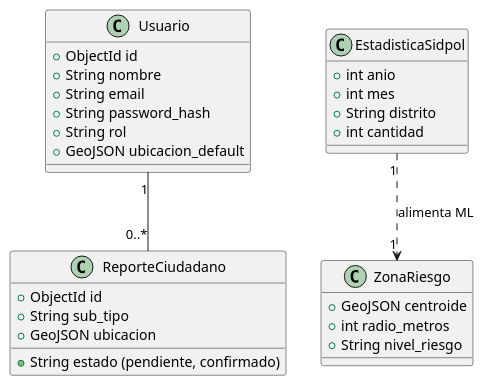
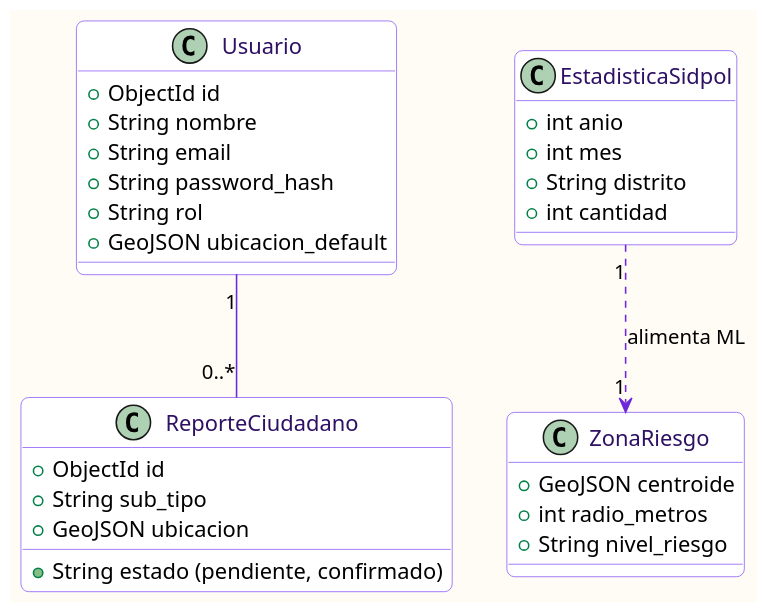
One commit to pieroalexanderppc/sgeo_pp changed the third of 6 diagrams in docs/FD04-EPIS-Informe SAD de Proyecto.md. Above: the diagram before and after it, drawn with PlantUML. The commit also changed other lines of this file and 15 other files, not shown here.

````diff
--- a/docs/FD04-EPIS-Informe SAD de Proyecto.md
+++ b/docs/FD04-EPIS-Informe SAD de Proyecto.md
@@ -182,35 +205,45 @@
 ```plantuml
 @startuml
+skinparam shadowing false
+skinparam roundcorner 10
+skinparam dpi 150
+skinparam defaultFontName Segoe UI
+skinparam backgroundColor #FFFBF5
+skinparam ArrowColor #6D28D9
+skinparam ClassBackgroundColor #FFFFFF
+skinparam ClassBorderColor #8B5CF6
+skinparam ClassFontColor #2E1065
+
 class Usuario {
   +ObjectId id
   +String nombre
   +String email
   +String password_hash
   +String rol
   +GeoJSON ubicacion_default
 }
 
 class ReporteCiudadano {
   +ObjectId id
   +String sub_tipo
   +GeoJSON ubicacion
   +String estado (pendiente, confirmado)
 }
 
 class EstadisticaSidpol {
   +int anio
   +int mes
   +String distrito
   +int cantidad
 }
 
 class ZonaRiesgo {
   +GeoJSON centroide
   +int radio_metros
   +String nivel_riesgo
 }
 
 Usuario "1" -- "0..*" ReporteCiudadano
 EstadisticaSidpol "1" ..> "1" ZonaRiesgo : alimenta ML
 @enduml
 ```
````
